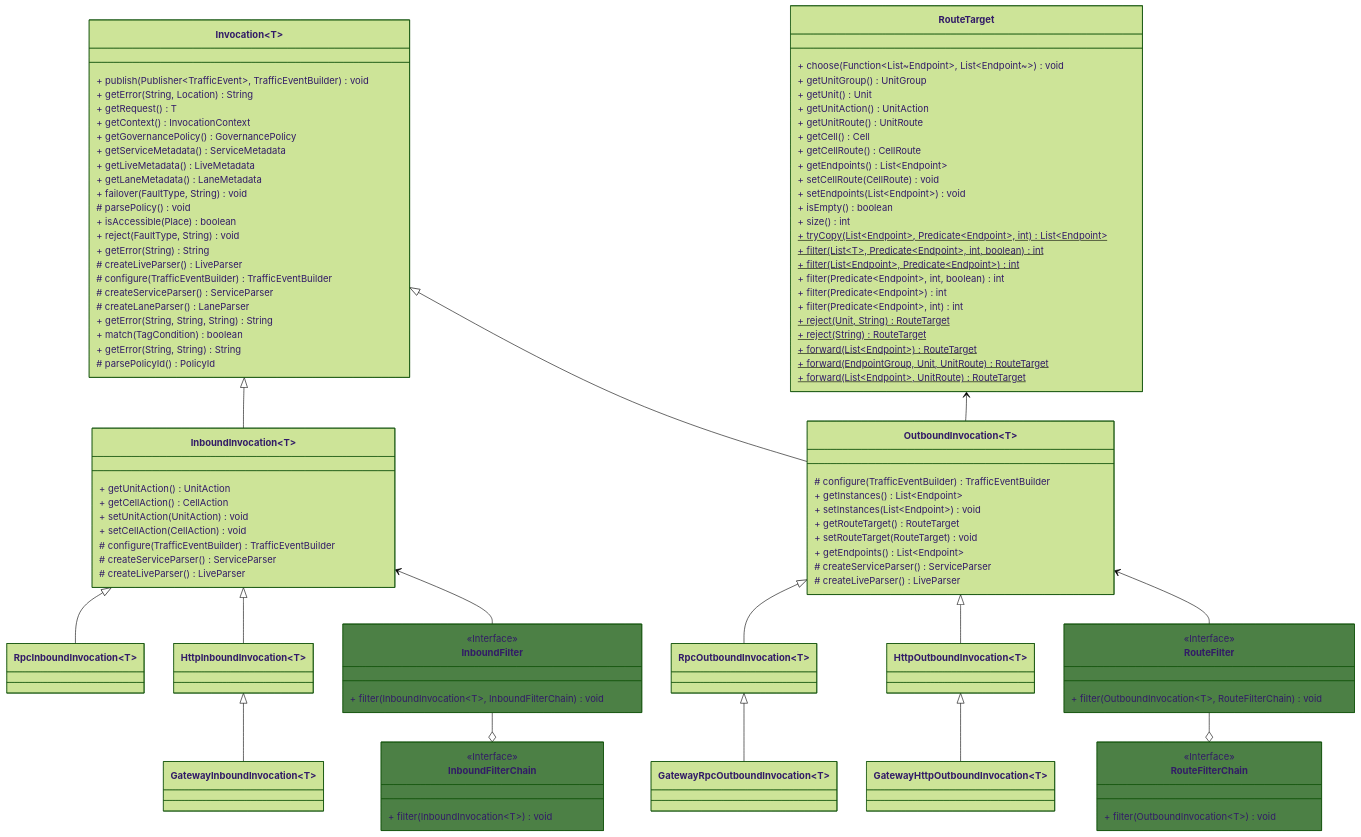
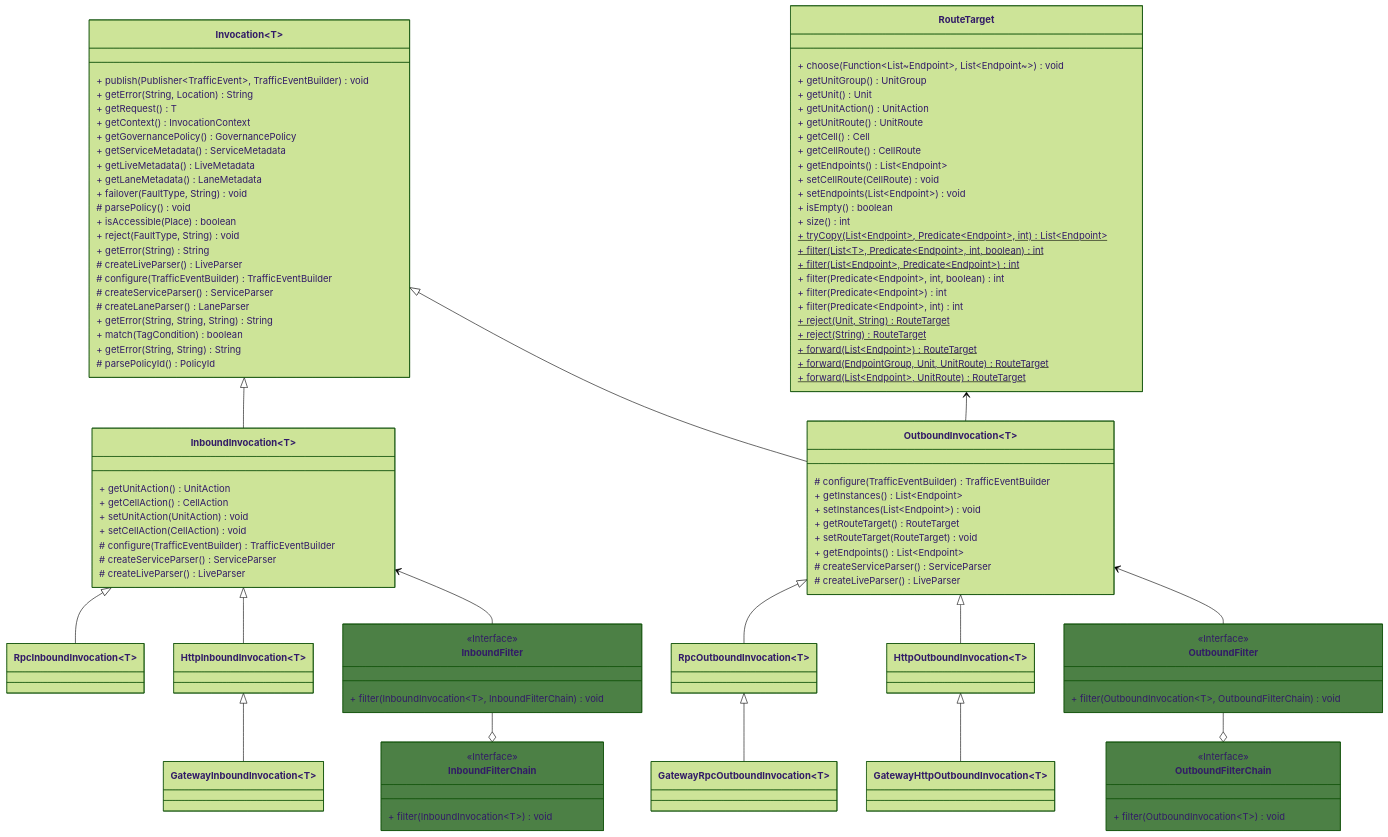
One commit to jd-opensource/joylive-agent changed the sixth of 13 diagrams in docs/cn/flowcontrol.md. Above: the diagram before and after it, drawn with Mermaid (forest theme). The commit also changed other lines of this file and 1 other file, not shown here.

````diff
--- a/docs/cn/flowcontrol.md
+++ b/docs/cn/flowcontrol.md
@@ -672,11 +672,11 @@
   + getError(String, String) String
   # parsePolicyId() PolicyId
 }
-class RouteFilter {
+class OutboundFilter {
 <<Interface>>
-  + filter(OutboundInvocation~T~, RouteFilterChain) void
+  + filter(OutboundInvocation~T~, OutboundFilterChain) void
 }
-class RouteFilterChain {
+class OutboundFilterChain {
 <<Interface>>
   + filter(OutboundInvocation~T~) void
 }
@@ -727,14 +727,14 @@
 HttpOutboundInvocation~T~ --|> OutboundInvocation~T~
 GatewayHttpOutboundInvocation~T~ --|> HttpOutboundInvocation~T~
 GatewayRpcOutboundInvocation~T~ --|> RpcOutboundInvocation~T~
-RouteFilterChain o-- RouteFilter
+OutboundFilterChain o-- OutboundFilter
 InboundFilterChain o-- InboundFilter
 InboundFilter --> InboundInvocation~T~
-RouteFilter --> OutboundInvocation~T~
+OutboundFilter --> OutboundInvocation~T~
 
 style InboundFilterChain fill:#4c8045
-style RouteFilterChain fill:#4c8045
+style OutboundFilterChain fill:#4c8045
 style InboundFilter fill:#4c8045
-style RouteFilter fill:#4c8045
+style OutboundFilter fill:#4c8045
 
 ```
````
